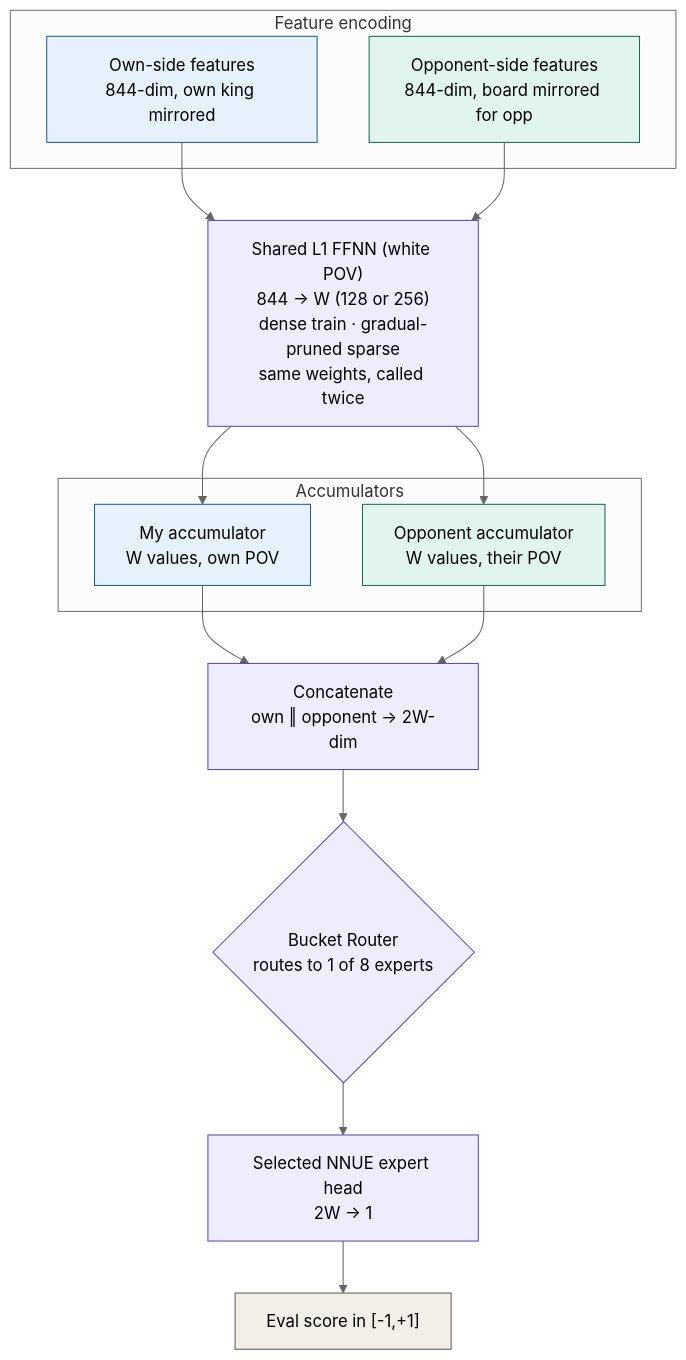
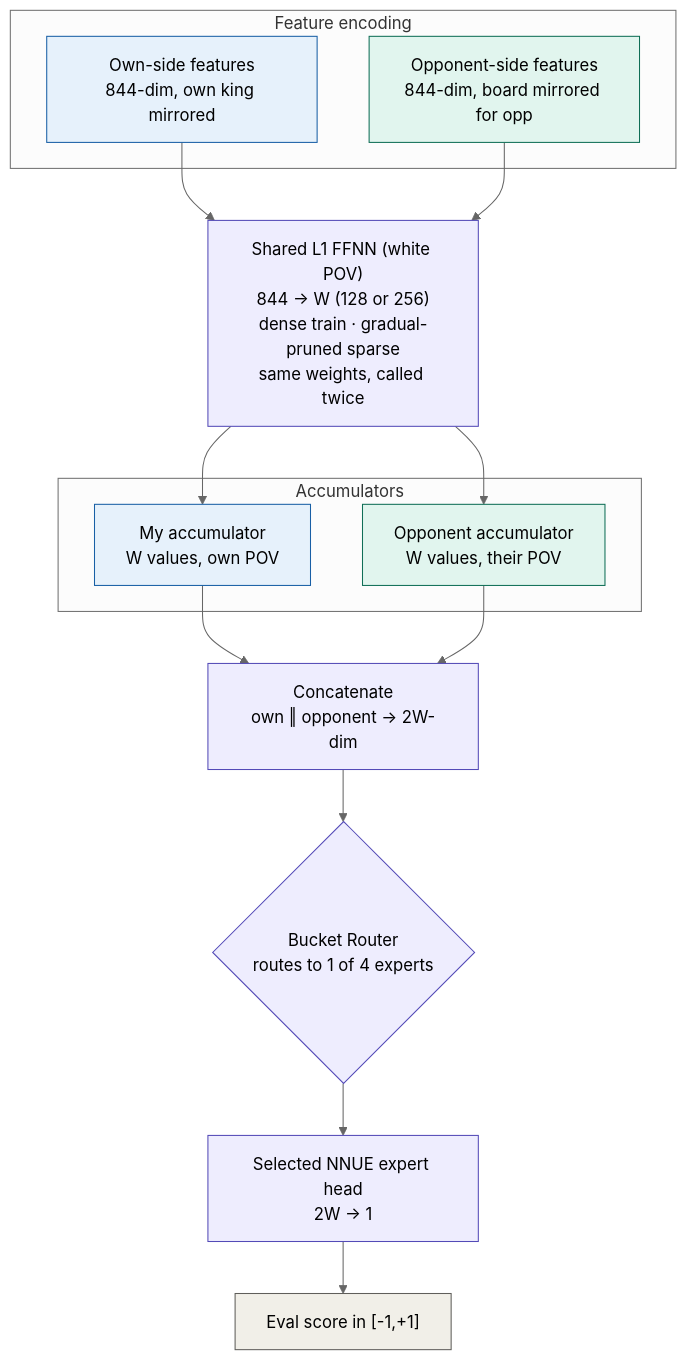
The second of 2 diagrams in NOTES/SARDINE Engine Blueprint.md (Omega97/TinyML_Internship), drawn with Mermaid (neutral theme) before and after one commit. The commit also changed other lines of this file and 5 other files, not shown here.

Commit message:
architecture updates

````diff
--- a/NOTES/SARDINE Engine Blueprint.md
+++ b/NOTES/SARDINE Engine Blueprint.md
@@ -55,34 +55,34 @@
 ```mermaid
 flowchart TD
      subgraph A_row["Feature encoding"]
          A1["Own-side features<br/>844-dim, own king mirrored"]
          A2["Opponent-side features<br/>844-dim, board mirrored for opp"]
      end
      B["Shared L1 FFNN (white POV)<br/>844 → W (128 or 256)<br/>dense train · gradual-pruned sparse<br/>same weights, called twice"]
      subgraph C_row["Accumulators"]
          C1["My accumulator<br/>W values, own POV"]
          C2["Opponent accumulator<br/>W values, their POV"]
      end
      D["Concatenate<br/>own ‖ opponent → 2W-dim"]
-     E{"Bucket Router<br/>routes to 1 of 8 experts"}
+     E{"Bucket Router<br/>routes to 1 of 4 experts"}
      F["Selected NNUE expert head<br/>2W → 1"]
      G["Eval score in [-1,+1]"]
      A1 --> B
      A2 --> B
      B --> C1
      B --> C2
      C1 --> D
      C2 --> D
      D --> E
      E --> F
      F --> G
      style A1 fill:#e6f1fb,stroke:#185fa5,stroke-width:1px
      style C1 fill:#e6f1fb,stroke:#185fa5,stroke-width:1px
      style A2 fill:#e1f5ee,stroke:#0f6e56,stroke-width:1px
      style C2 fill:#e1f5ee,stroke:#0f6e56,stroke-width:1px
      style B fill:#eeedfe,stroke:#534ab7,stroke-width:1px
      style D fill:#eeedfe,stroke:#534ab7,stroke-width:1px
      style E fill:#eeedfe,stroke:#534ab7,stroke-width:1px
      style F fill:#eeedfe,stroke:#534ab7,stroke-width:1px
      style G fill:#f1efe8,stroke:#5f5e5a,stroke-width:1px
 ```
````
